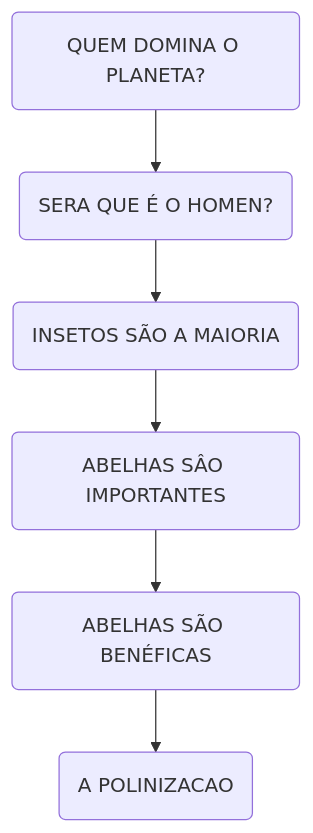
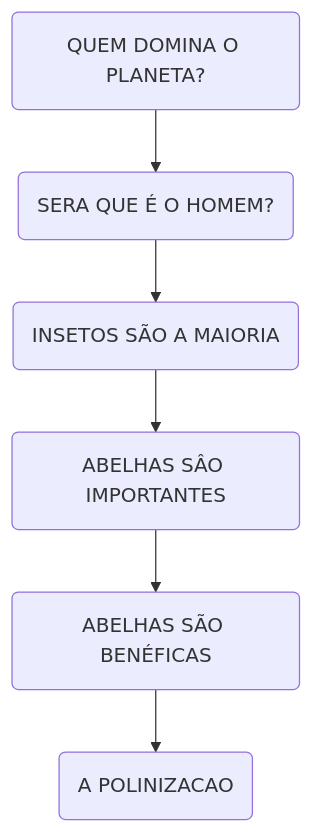
Before and after one commit to f290DSM/f290_dsm_pi6_rubrica_portfolio: the first of 2 diagrams in README.md, drawn with Mermaid. The commit also changed other lines of this file, not shown here.

````diff
--- a/README.md
+++ b/README.md
@@ -105,16 +104,16 @@
 ```mermaid
 graph TB
 a(QUEM DOMINA O PLANETA?)
-b(SERA QUE É O HOMEN?)
+b(SERA QUE É O HOMEM?)
 c(INSETOS SÃO A MAIORIA)
 d(ABELHAS SÂO IMPORTANTES)
 e(ABELHAS SÃO BENÉFICAS)
 f(A POLINIZACAO)
 
 a --> b 
 b --> c 
 c --> d 
 d --> e 
 e --> f
 
 ```
````
